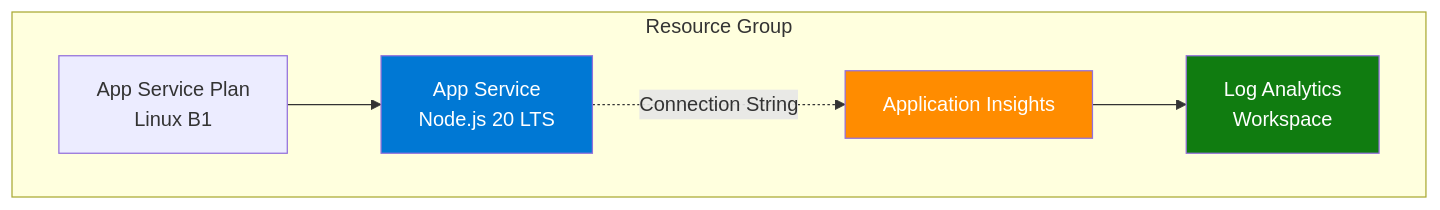
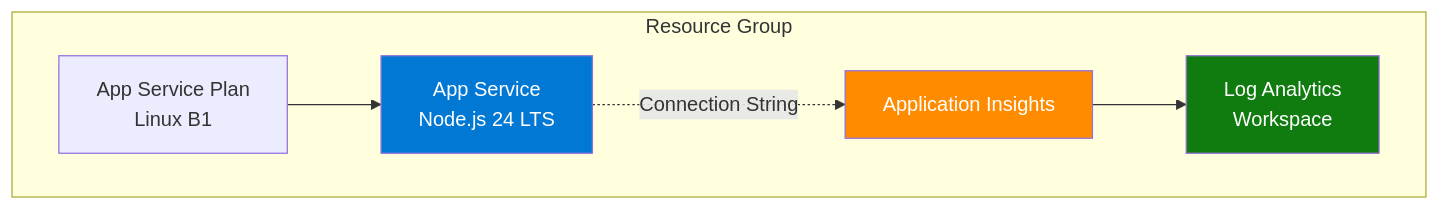
One commit to yeongseon/azure-app-service-practical-guide changed the second of 2 diagrams in docs/language-guides/nodejs/tutorial/05-infrastructure-as-code.md. Above: the diagram before and after it, drawn with Mermaid. The commit also changed other lines of this file and 31 other files, not shown here.

First line of the commit message:
fix: migrate the nodejs reference app and guidance to Node 24 (#196)

````diff
--- a/docs/language-guides/nodejs/tutorial/05-infrastructure-as-code.md
+++ b/docs/language-guides/nodejs/tutorial/05-infrastructure-as-code.md
@@ -72,17 +72,17 @@
 ```mermaid
 graph TB
     subgraph "Resource Group"
         ASP[App Service Plan<br/>Linux B1]
-        APP[App Service<br/>Node.js 20 LTS]
+        APP[App Service<br/>Node.js 24 LTS]
         AI[Application Insights]
         LAW[Log Analytics<br/>Workspace]
     end
     
     ASP --> APP
     APP -.->|Connection String| AI
     AI --> LAW
     
     style APP fill:#0078d4,color:#fff
     style AI fill:#ff8c00,color:#fff
     style LAW fill:#107c10,color:#fff
 ```
````
